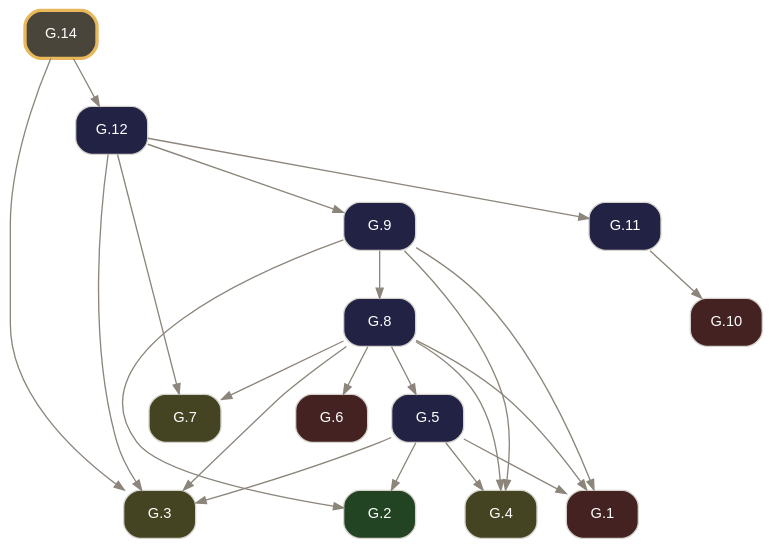
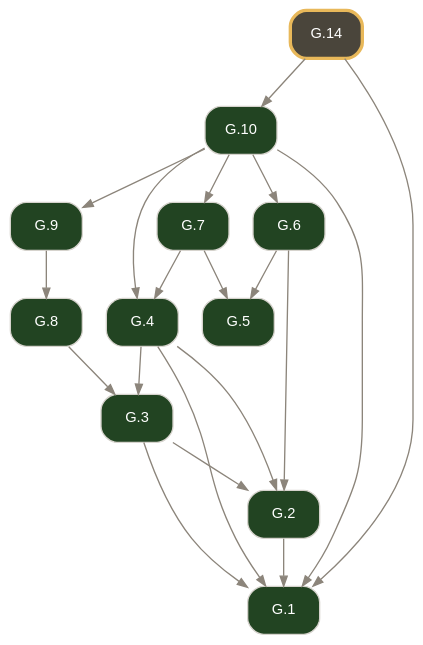
One commit to geometor/elements changed the diagram in docsrc/elements2/G.14/index.rst. Above: the diagram before and after it, drawn with Graphviz. The commit also changed other lines of this file and 2974 other files, not shown here.

Commit message:
feat(elements2): wire defined terms, short verb titles, coincidence operator, and 2-point circle notation (v0.4.0)

```diff
--- a/docsrc/elements2/G.14/index.rst
+++ b/docsrc/elements2/G.14/index.rst
@@ -70,42 +36,38 @@
 .. graphviz::
 
    digraph {
      bgcolor="transparent";
      node [shape=box, style="rounded,filled", fontname="Helvetica", fontsize=11, color="#d6d3cd", fontcolor="#ffffff"];
      edge [color="#8c857b", fontcolor="#8c857b", arrowsize=0.75];
      rankdir="TB";
-     "G.1" [label="G.1", tooltip="G.1 (I.cn.1): Things equal to the same thing are equal to one another.", fillcolor="#442222", URL="../G.1/index.html", target="_top"];
-     "G.2" [label="G.2", tooltip="G.2 (I.def.15): A circle is a plane figure contained by one line such that all segments falling upon it from its center are equal.", fillcolor="#224422", URL="../G.2/index.html", target="_top"];
-     "G.3" [label="G.3", tooltip="G.3 (I.post.1): Construct a segment between any two points.", fillcolor="#444422", URL="../G.3/index.html", target="_top"];
-     "G.4" [label="G.4", tooltip="G.4 (I.post.3): Construct a circle with any center and radius.", fillcolor="#444422", URL="../G.4/index.html", target="_top"];
-     "G.5" [label="G.5", tooltip="G.5 (I.1): Construct an equilateral triangle on a given finite segment.", fillcolor="#222244", URL="../G.5/index.html", target="_top"];
-     "G.6" [label="G.6", tooltip="G.6 (I.cn.3): If equals are subtracted from equals, the remainders are equal.", fillcolor="#442222", URL="../G.6/index.html", target="_top"];
-     "G.7" [label="G.7", tooltip="G.7 (I.post.2): Extend a finite segment continuously in a straight line.", fillcolor="#444422", URL="../G.7/index.html", target="_top"];
-     "G.8" [label="G.8", tooltip="G.8 (I.2): Construct at a given point a segment equal to a given segment.", fillcolor="#222244", URL="../G.8/index.html", target="_top"];
-     "G.9" [label="G.9", tooltip="G.9 (I.3): Cut off from the greater of two unequal segments a segment equal to the less.", fillcolor="#222244", URL="../G.9/index.html", target="_top"];
-     "G.10" [label="G.10", tooltip="G.10 (I.cn.4): Things that coincide with one another are equal.", fillcolor="#442222", URL="../G.10/index.html", target="_top"];
-     "G.11" [label="G.11", tooltip="G.11 (I.4): Triangles with two sides and the included angle equal are congruent (SAS).", fillcolor="#222244", URL="../G.11/index.html", target="_top"];
-     "G.12" [label="G.12", tooltip="G.12 (I.5): In an isosceles triangle, the angles at the base are equal, and if the equal sides are extended, the angles under the base are equal.", fillcolor="#222244", URL="../G.12/index.html", target="_top"];
-     "G.14" [label="G.14", tooltip="G.14 (I.7): On the same segment and on the same side, there cannot be constructed two distinct triangles with both pairs of conterminous sides equal.", penwidth=2.5, color="#e8b85a", fillcolor="#4a453b", URL="index.html", target="_top"];
-     "G.5" -> "G.1";
-     "G.8" -> "G.1";
-     "G.9" -> "G.1";
-     "G.5" -> "G.2";
-     "G.9" -> "G.2";
-     "G.5" -> "G.3";
+     "G.1" [label="G.1", tooltip="G.1 (I.def.1): A point A is that which has no part.", fillcolor="#224422", URL="../G.1/index.html", target="_top"];
+     "G.2" [label="G.2", tooltip="G.2 (I.def.2): A line [ A B ] is a projection of a relationship of two points A, B.", fillcolor="#224422", URL="../G.2/index.html", target="_top"];
+     "G.3" [label="G.3", tooltip="G.3 (I.def.3): The extremities of a segment / A B / are points A, B.", fillcolor="#224422", URL="../G.3/index.html", target="_top"];
+     "G.4" [label="G.4", tooltip="G.4 (I.def.4): A segment / A B / is a portion of a line [ A B ] between two points A, B on the line.", fillcolor="#224422", URL="../G.4/index.html", target="_top"];
+     "G.5" [label="G.5", tooltip="G.5 (I.def.5): A surface is that which has length and breadth only.", fillcolor="#224422", URL="../G.5/index.html", target="_top"];
+     "G.6" [label="G.6", tooltip="G.6 (I.def.6): The extremities of a surface are lines or arcs.", fillcolor="#224422", URL="../G.6/index.html", target="_top"];
+     "G.7" [label="G.7", tooltip="G.7 (I.def.7): A plane surface lies evenly with the lines on itself.", fillcolor="#224422", URL="../G.7/index.html", target="_top"];
+     "G.8" [label="G.8", tooltip="G.8 (I.def.13): A boundary is the extremity of anything.", fillcolor="#224422", URL="../G.8/index.html", target="_top"];
+     "G.9" [label="G.9", tooltip="G.9 (I.def.14): A figure is that which is contained by any boundary or boundaries.", fillcolor="#224422", URL="../G.9/index.html", target="_top"];
+     "G.10" [label="G.10", tooltip="G.10 (I.def.15): A circle ( A B ) is a plane figure contained by one arc defined by a center A and a point B establishing its defining radius / A B /, such that all segments / A B /, / A C /, / A D...", fillcolor="#224422", URL="../G.10/index.html", target="_top"];
+     "G.14" [label="G.14", tooltip="G.14 (I.def.16): The point A within the circle ( A B ) from which all segments / A B /, / A C / to the arc are equal is called the center of the circle.", penwidth=2.5, color="#e8b85a", fillcolor="#4a453b", URL="index.html", target="_top"];
+     "G.2" -> "G.1";
+     "G.3" -> "G.1";
+     "G.4" -> "G.1";
+     "G.10" -> "G.1";
+     "G.14" -> "G.1";
+     "G.3" -> "G.2";
+     "G.4" -> "G.2";
+     "G.6" -> "G.2";
+     "G.4" -> "G.3";
      "G.8" -> "G.3";
-     "G.12" -> "G.3";
-     "G.14" -> "G.3";
-     "G.5" -> "G.4";
-     "G.8" -> "G.4";
-     "G.9" -> "G.4";
-     "G.8" -> "G.5";
-     "G.8" -> "G.6";
-     "G.8" -> "G.7";
-     "G.12" -> "G.7";
+     "G.7" -> "G.4";
+     "G.10" -> "G.4";
+     "G.6" -> "G.5";
+     "G.7" -> "G.5";
+     "G.10" -> "G.6";
+     "G.10" -> "G.7";
      "G.9" -> "G.8";
-     "G.12" -> "G.9";
-     "G.11" -> "G.10";
-     "G.12" -> "G.11";
-     "G.14" -> "G.12";
+     "G.10" -> "G.9";
+     "G.14" -> "G.10";
    }
```
